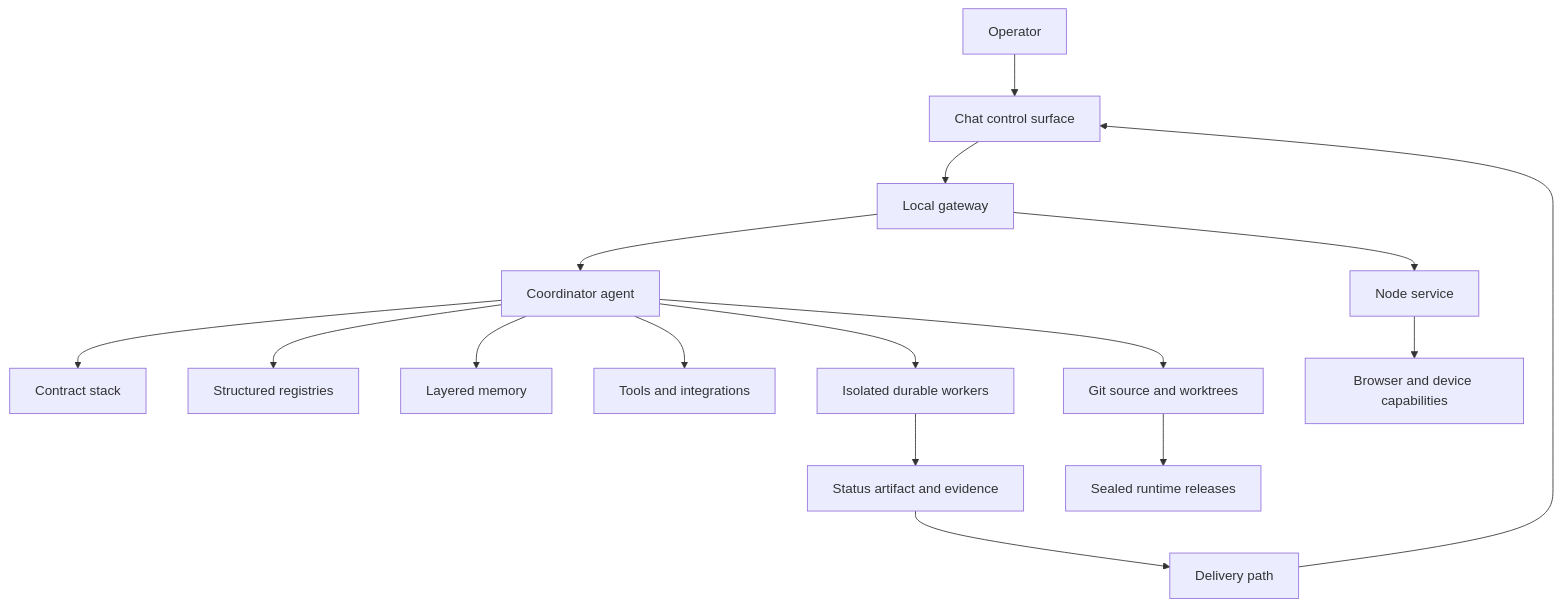
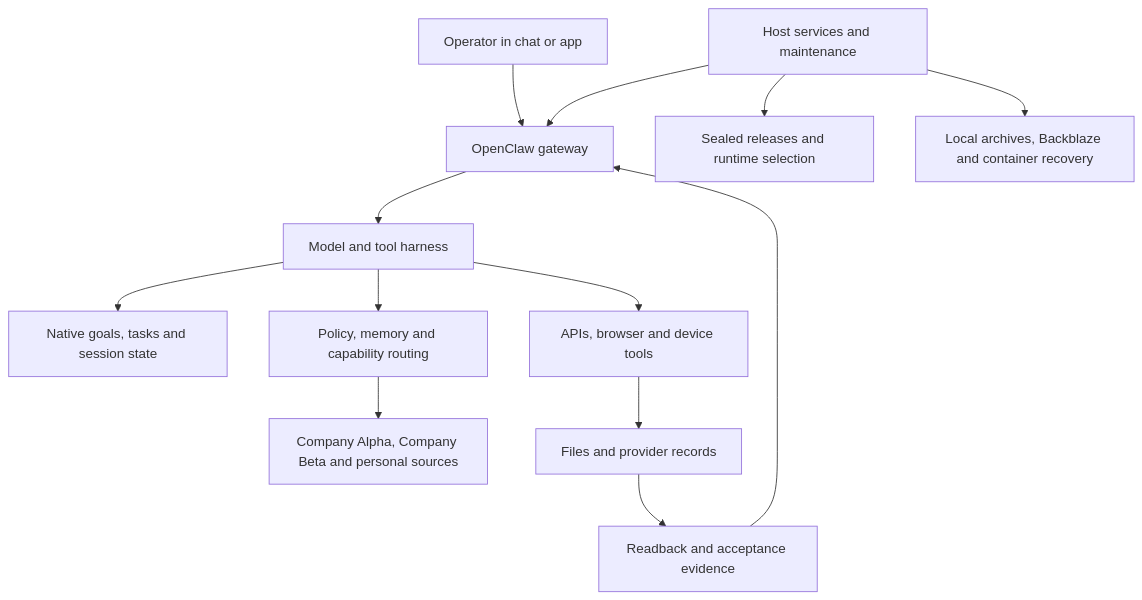
The diagram in README.md (josephbergvinson/openclaw-control-plane), drawn with Mermaid before and after one commit. The commit also changed other lines of this file and 239 other files, not shown here.

Commit message:
Rebuild reference around the OpenClaw 2026.9.3 installation

````diff
--- a/README.md
+++ b/README.md
@@ -19,18 +25,15 @@
 ```mermaid
 flowchart TD
-    O[Operator] --> C[Chat control surface]
-    C --> G[Local gateway]
-    G --> A[Coordinator agent]
-    A --> P[Contract stack]
-    A --> R[Structured registries]
-    A --> M[Layered memory]
-    A --> T[Tools and integrations]
-    A --> W[Isolated durable workers]
-    W --> S[Status artifact and evidence]
-    S --> D[Delivery path]
-    D --> C
-    G --> N[Node service]
-    N --> B[Browser and device capabilities]
-    A --> H[Git source and worktrees]
-    H --> RL[Sealed runtime releases]
+    Operator[Operator in chat or app] --> Gateway[OpenClaw gateway]
+    Gateway --> Runtime[Model and tool harness]
+    Runtime --> Native[Native goals, tasks and session state]
+    Runtime --> Workspace[Policy, memory and capability routing]
+    Workspace --> Sources[Company Alpha, Company Beta and personal sources]
+    Runtime --> Tools[APIs, browser and device tools]
+    Tools --> Effects[Files and provider records]
+    Effects --> Evidence[Readback and acceptance evidence]
+    Evidence --> Gateway
+    Host[Host services and maintenance] --> Gateway
+    Host --> Releases[Sealed releases and runtime selection]
+    Host --> Recovery[Local archives, Backblaze and container recovery]
 ```
````
